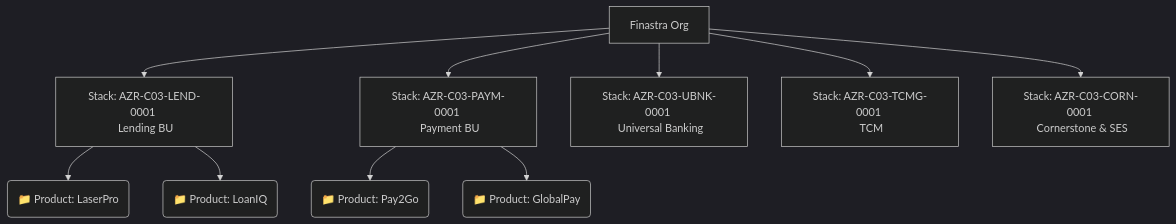
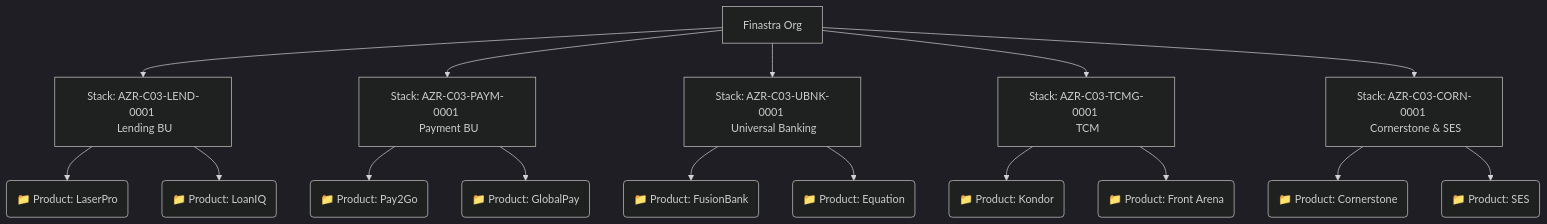
Before and after one commit to paragvyas65/testing: the second of 3 diagrams in 006-grafana-cloud-bu-aligned-org-structure.md, drawn with Mermaid (dark theme).

````diff
--- a/006-grafana-cloud-bu-aligned-org-structure.md
+++ b/006-grafana-cloud-bu-aligned-org-structure.md
@@ -154,14 +154,23 @@
 ```mermaid
 graph TD
     A[Finastra Org] --> B[Stack: AZR-C03-LEND-0001 <br> Lending BU]
     A --> C[Stack: AZR-C03-PAYM-0001 <br> Payment BU]
     A --> D[Stack: AZR-C03-UBNK-0001 <br> Universal Banking]
     A --> E[Stack: AZR-C03-TCMG-0001 <br> TCM]
     A --> F[Stack: AZR-C03-CORN-0001 <br> Cornerstone & SES]
     
     B --> B1(📁 Product: LaserPro)
     B --> B2(📁 Product: LoanIQ)
     
     C --> C1(📁 Product: Pay2Go)
     C --> C2(📁 Product: GlobalPay)
+    
+    D --> D1(📁 Product: FusionBank)
+    D --> D2(📁 Product: Equation)
+    
+    E --> E1(📁 Product: Kondor)
+    E --> E2(📁 Product: Front Arena)
+    
+    F --> F1(📁 Product: Cornerstone)
+    F --> F2(📁 Product: SES)
 ```
````
